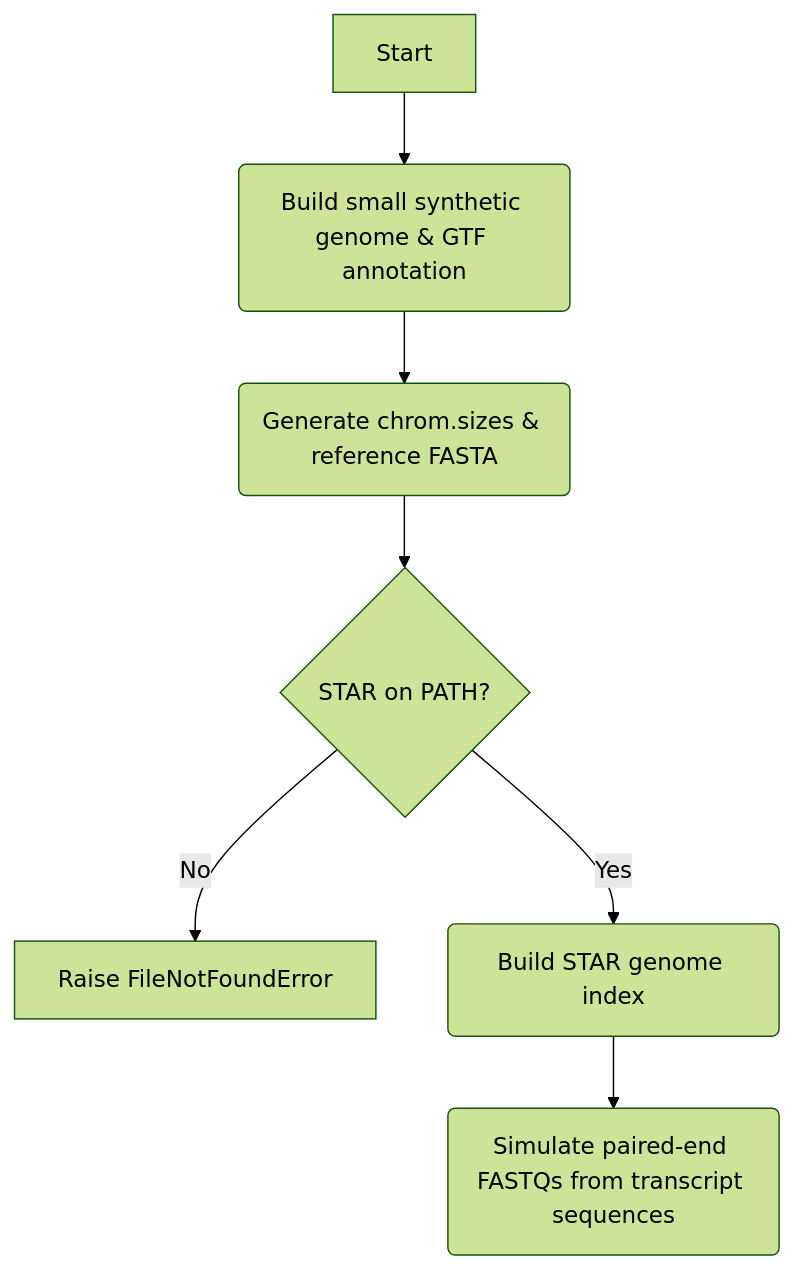
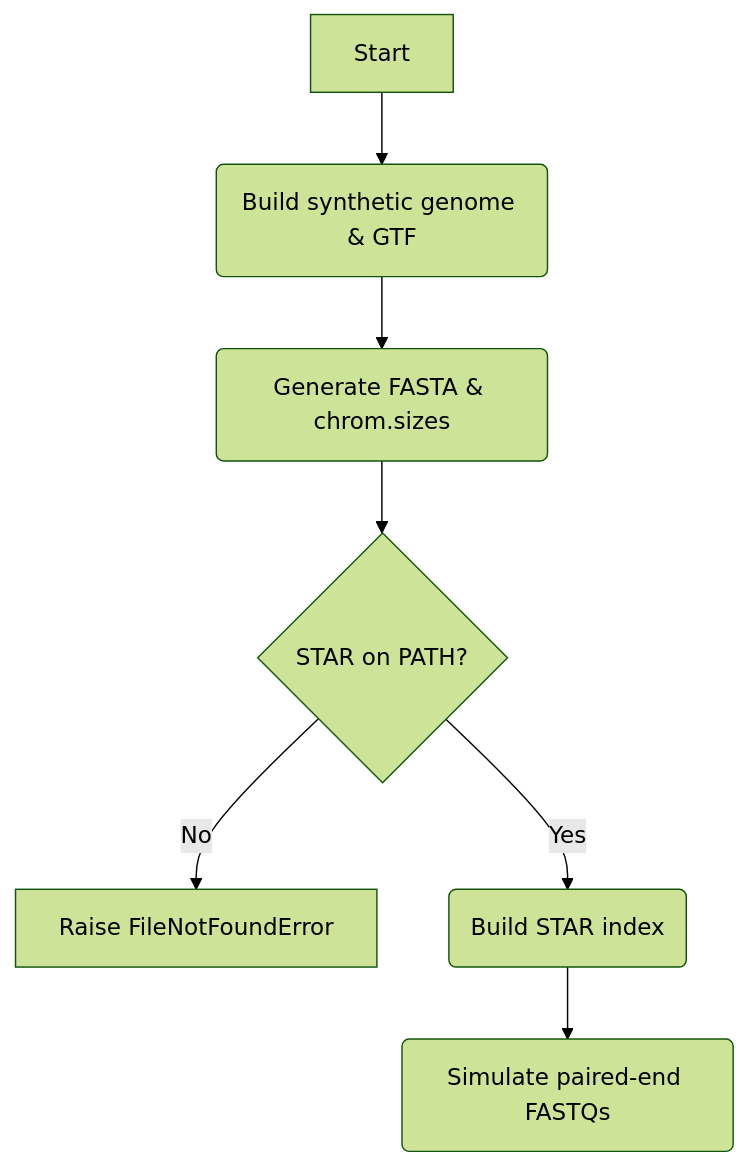
Before and after one commit to BDB-Genomics/bdb-rnaseq: the seventh of 7 diagrams in rules/scripts/README.md, drawn with Mermaid (forest theme). The commit also changed other lines of this file, not shown here.

````diff
--- a/rules/scripts/README.md
+++ b/rules/scripts/README.md
@@ -170,9 +164,9 @@
 ```mermaid
 graph TD
-    A[Start] --> B(Build small synthetic genome & GTF annotation)
-    B --> C(Generate chrom.sizes & reference FASTA)
+    A[Start] --> B(Build synthetic genome & GTF)
+    B --> C(Generate FASTA & chrom.sizes)
     C --> D{STAR on PATH?}
     D -- No --> E[Raise FileNotFoundError]
-    D -- Yes --> F(Build STAR genome index)
-    F --> G(Simulate paired-end FASTQs from transcript sequences)
+    D -- Yes --> F(Build STAR index)
+    F --> G(Simulate paired-end FASTQs)
 ```
````
